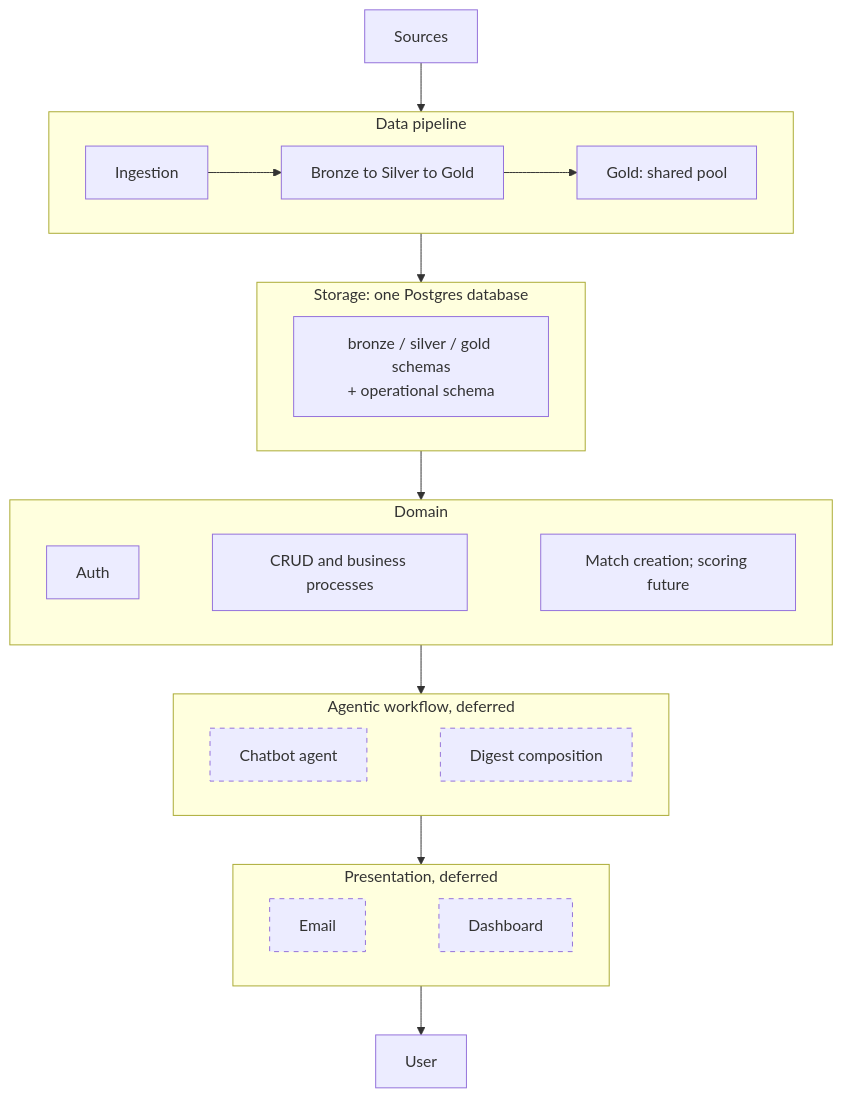
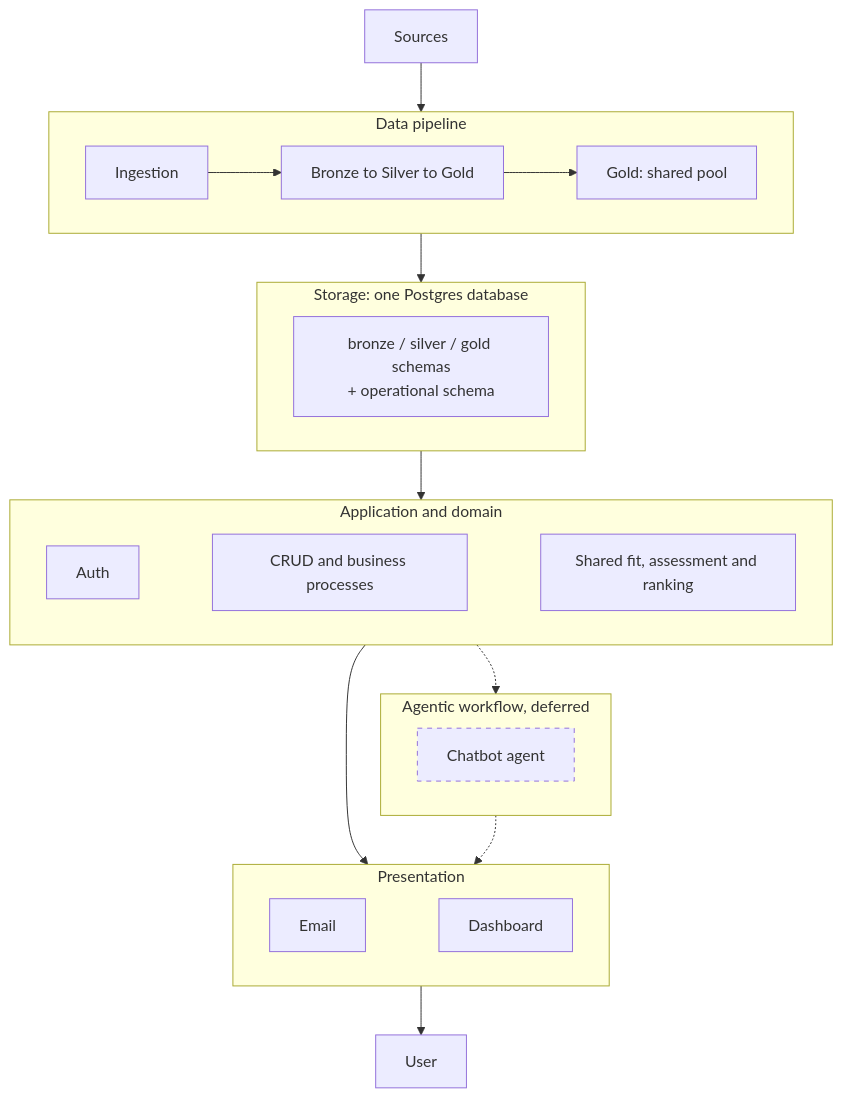
The first of 4 diagrams in docs/architecture.md (KhaledAwashreh/Huginn), drawn with Mermaid before and after one commit. The commit also changed other lines of this file and 653 other files, not shown here.

````diff
--- a/docs/architecture.md
+++ b/docs/architecture.md
@@ -53,36 +53,37 @@
 ```mermaid
 flowchart TB
     SRC["Sources"]
 
     subgraph PIPE["Data pipeline"]
         direction LR
         ING["Ingestion"] --> TRN["Bronze to Silver to Gold"] --> POOL["Gold: shared pool"]
     end
 
     subgraph STORE["Storage: one Postgres database"]
         direction LR
         PG["bronze / silver / gold schemas<br/>+ operational schema"]
     end
 
-    subgraph DOMAIN["Domain"]
+    subgraph DOMAIN["Application and domain"]
         direction LR
-        AUTH["Auth"] ~~~ CRUD["CRUD and business processes"] ~~~ SCORE["Match creation; scoring future"]
+        AUTH["Auth"] ~~~ CRUD["CRUD and business processes"] ~~~ SCORE["Shared fit, assessment and ranking"]
     end
 
     subgraph AGENT["Agentic workflow, deferred"]
         direction LR
-        CHAT["Chatbot agent"] ~~~ DIGEST["Digest composition"]
+        CHAT["Chatbot agent"]
     end
 
-    subgraph PRES["Presentation, deferred"]
+    subgraph PRES["Presentation"]
         direction LR
         MAIL["Email"] ~~~ DASH["Dashboard"]
     end
 
     USR["User"]
 
-    SRC --> PIPE --> STORE --> DOMAIN --> AGENT --> PRES --> USR
+    SRC --> PIPE --> STORE --> DOMAIN --> PRES --> USR
+    DOMAIN -.-> AGENT -.-> PRES
 
     classDef deferred stroke-dasharray: 5 5
-    class CHAT,DIGEST,MAIL,DASH deferred
+    class CHAT deferred
 ```
````
